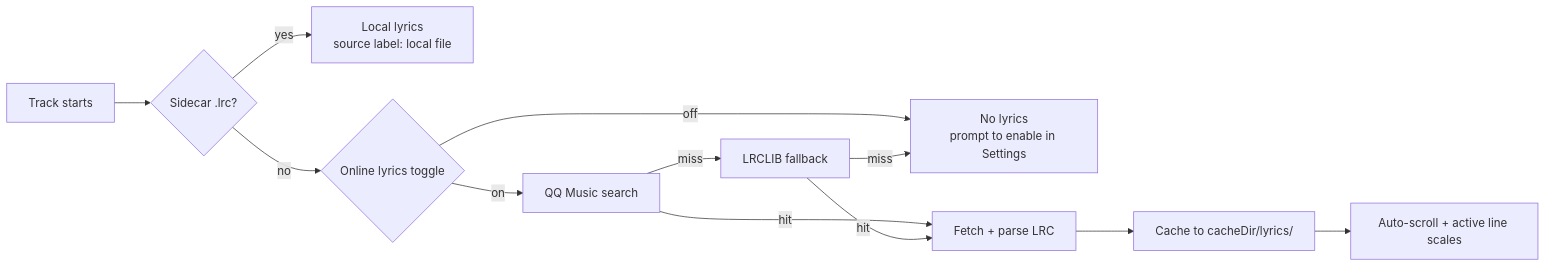
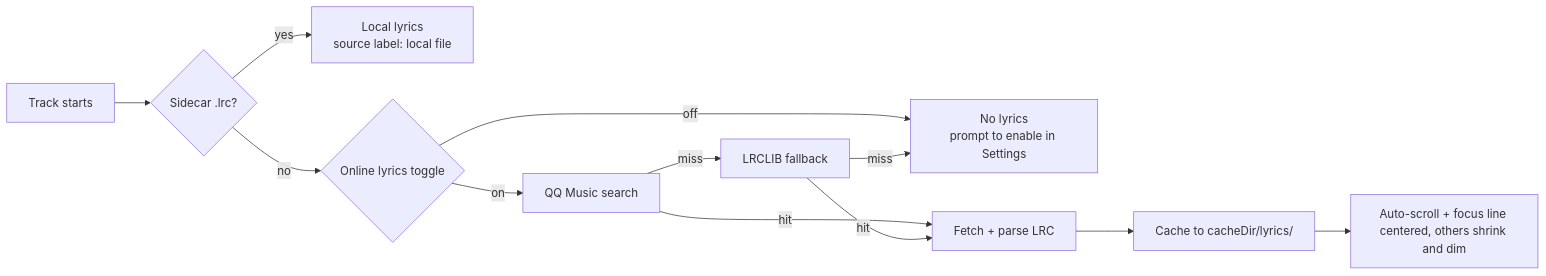
The first of 2 diagrams in README.en.md (Sanye223/Melody-Retro), drawn with Mermaid before and after one commit. The commit also changed other lines of this file and 7 other files, not shown here.

````diff
--- a/README.en.md
+++ b/README.en.md
@@ -71,14 +71,14 @@
 ```mermaid
 flowchart LR
     A[Track starts] --> B{"Sidecar .lrc?"}
     B -->|yes| C["Local lyrics<br/>source label: local file"]
     B -->|no| D{Online lyrics toggle}
     D -->|off| E["No lyrics<br/>prompt to enable in Settings"]
     D -->|on| F[QQ Music search]
     F -->|hit| G[Fetch + parse LRC]
     F -->|miss| H[LRCLIB fallback]
     H -->|hit| G
     H -->|miss| E
     G --> I["Cache to cacheDir/lyrics/"]
-    I --> J[Auto-scroll + active line scales]
+    I --> J["Auto-scroll + focus line centered, others shrink and dim"]
 ```
````
